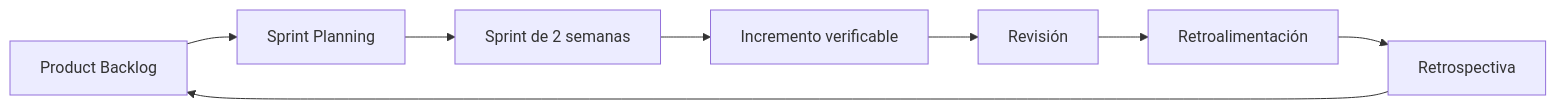
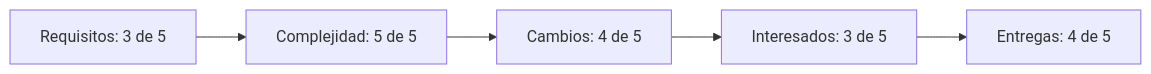
The diagram in docs/01 Inicio/01. Selección del enfoque del proyecto V_1_0_0.md (DartBlackLink/PFA), drawn with Mermaid before and after one commit. The commit also changed other lines of this file and 17 other files, not shown here.

````diff
--- a/docs/01 Inicio/01. Selección del enfoque del proyecto V_1_0_0.md
+++ b/docs/01 Inicio/01. Selección del enfoque del proyecto V_1_0_0.md
@@ -67,10 +49,7 @@
 ```mermaid
 flowchart LR
-    A[Product Backlog] --> B[Sprint Planning]
-    B --> C[Sprint de 2 semanas]
-    C --> D[Incremento verificable]
-    D --> E[Revisión]
-    E --> F[Retroalimentación]
-    F --> G[Retrospectiva]
-    G --> A
+    A[Requisitos: 3 de 5] --> B[Complejidad: 5 de 5]
+    B --> C[Cambios: 4 de 5]
+    C --> D[Interesados: 3 de 5]
+    D --> E[Entregas: 4 de 5]
 ```
````
